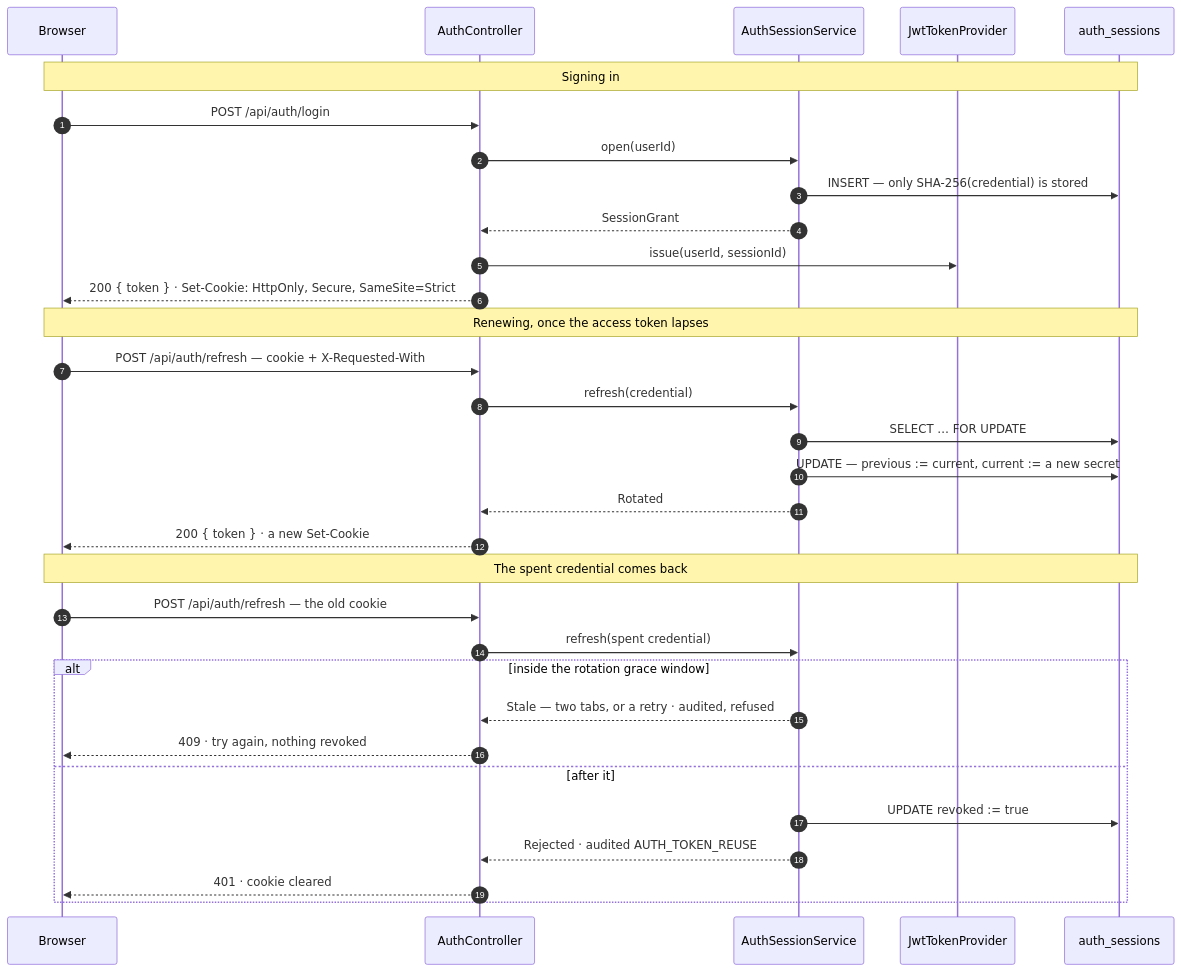
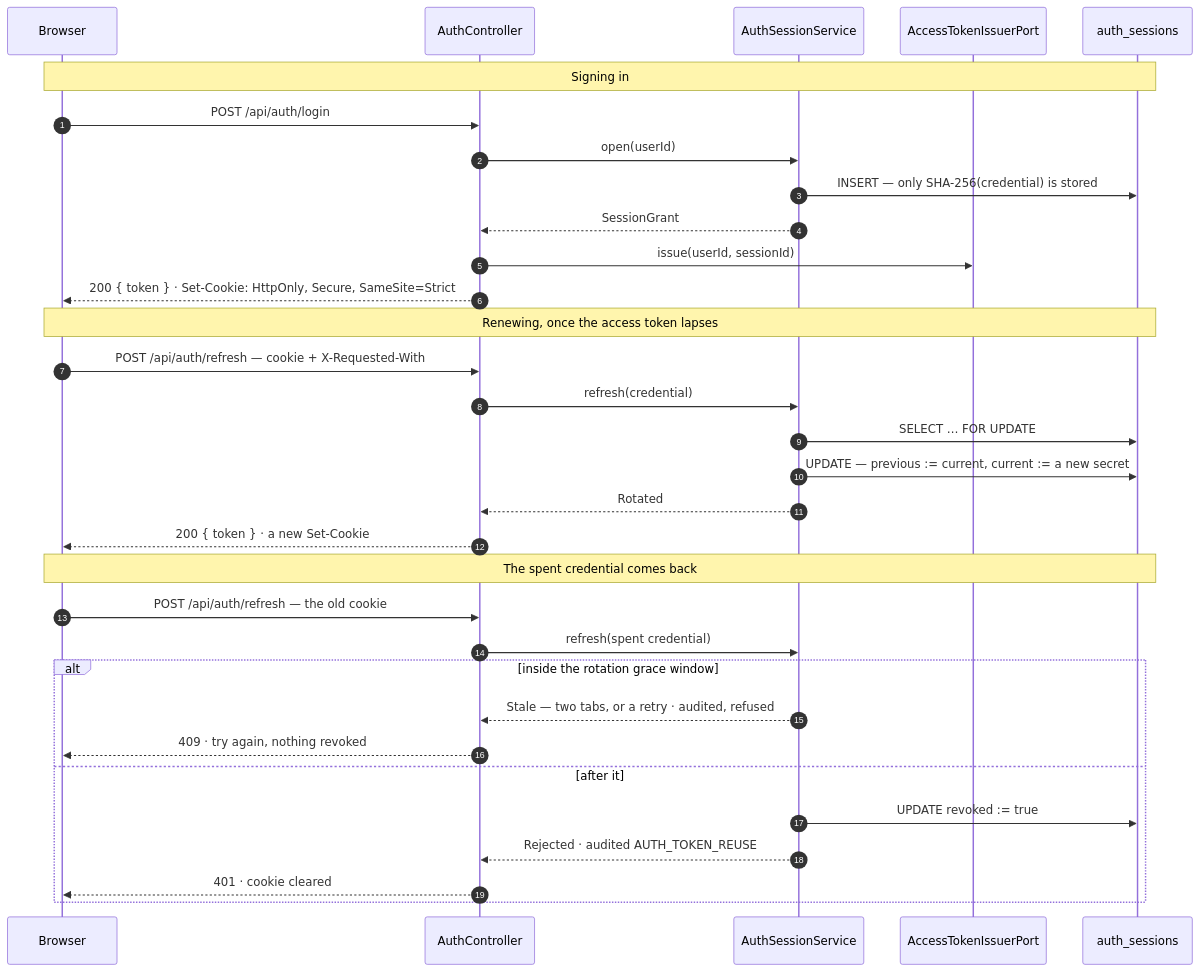
One commit to NaimElijah/UpHealther changed the diagram in docs/architecture/architecture.md. Above: the diagram before and after it, drawn with Mermaid. The commit also changed other lines of this file and 8 other files, not shown here.

````diff
--- a/docs/architecture/architecture.md
+++ b/docs/architecture/architecture.md
@@ -246,37 +246,37 @@
 ```mermaid
 sequenceDiagram
     autonumber
     participant B as Browser
     participant C as AuthController
     participant S as AuthSessionService
-    participant J as JwtTokenProvider
+    participant J as AccessTokenIssuerPort
     participant DB as auth_sessions
 
     Note over B,DB: Signing in
     B->>C: POST /api/auth/login
     C->>S: open(userId)
     S->>DB: INSERT — only SHA-256(credential) is stored
     S-->>C: SessionGrant
     C->>J: issue(userId, sessionId)
     C-->>B: 200 { token } · Set-Cookie: HttpOnly, Secure, SameSite=Strict
 
     Note over B,DB: Renewing, once the access token lapses
     B->>C: POST /api/auth/refresh — cookie + X-Requested-With
     C->>S: refresh(credential)
     S->>DB: SELECT … FOR UPDATE
     S->>DB: UPDATE — previous := current, current := a new secret
     S-->>C: Rotated
     C-->>B: 200 { token } · a new Set-Cookie
 
     Note over B,DB: The spent credential comes back
     B->>C: POST /api/auth/refresh — the old cookie
     C->>S: refresh(spent credential)
     alt inside the rotation grace window
         S-->>C: Stale — two tabs, or a retry · audited, refused
         C-->>B: 409 · try again, nothing revoked
     else after it
         S->>DB: UPDATE revoked := true
         S-->>C: Rejected · audited AUTH_TOKEN_REUSE
         C-->>B: 401 · cookie cleared
     end
 ```
````
